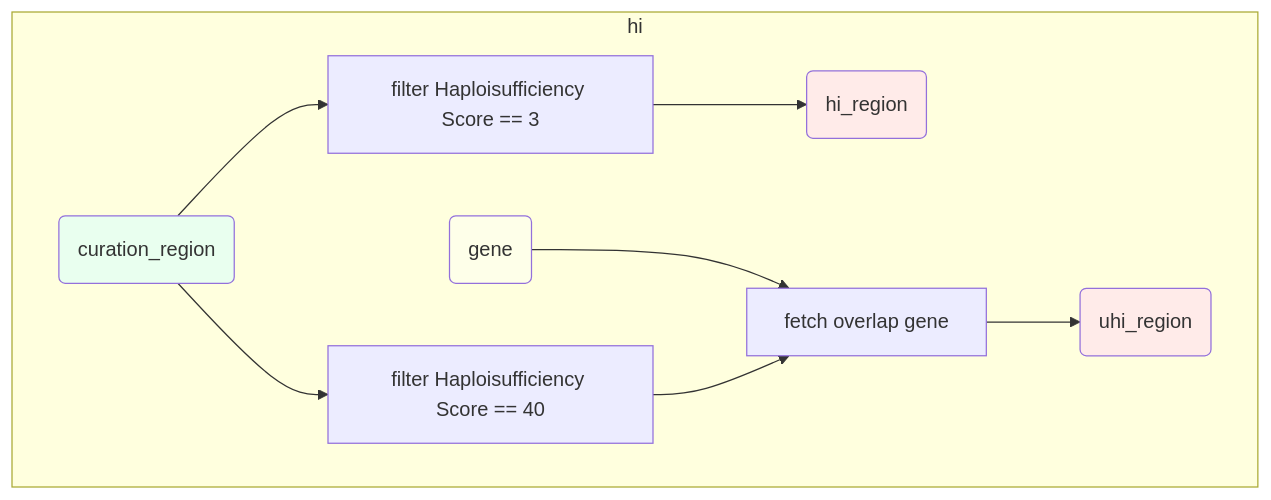
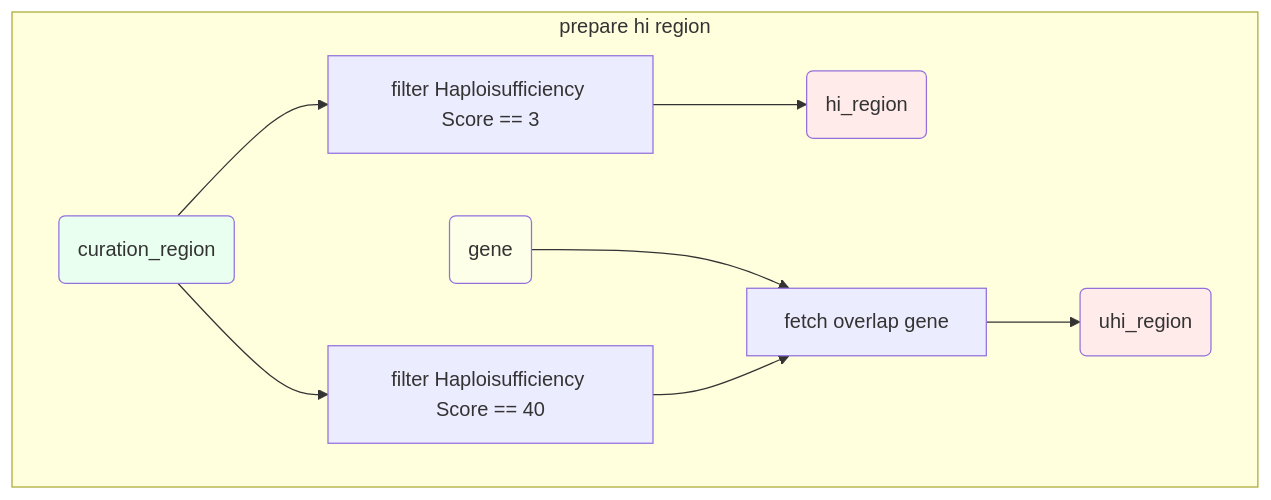
The fourth of 7 diagrams in database-prepare/database-create-flowchart.md (zhonghua-wang/autocnv), drawn with Mermaid before and after one commit. The commit also changed other lines of this file, not shown here.

Commit message:
修正流程图循环问题

````diff
--- a/database-prepare/database-create-flowchart.md
+++ b/database-prepare/database-create-flowchart.md
@@ -166,35 +166,35 @@
 ```mermaid
 graph TD
 	
 	classDef input fill:#e9ffef
 	
 	classDef output fill:#ffebe9
 	
 	classDef variable fill:#feffe9
 	
-	subgraph hi
+	subgraph prepare hi region
 		curation("curation_region")
 		class curation input
 		
 		filter_hi["filter Haploisufficiency Score == 3"]
 		curation --> filter_hi
 		
 		hi_region("hi_region")
 		class hi_region output
 		filter_hi --> hi_region
 		
 		filter_uhi["filter Haploisufficiency Score == 40"]
 		curation --> filter_uhi
 		
 		gene("gene")
 		class gene variable
 		
 		fetch_gene["fetch overlap gene"]
 		gene --> fetch_gene
 		filter_uhi --> fetch_gene
 		
 		uhi_region("uhi_region")
 		class uhi_region output
 		fetch_gene --> uhi_region
 	end
 ```
````
